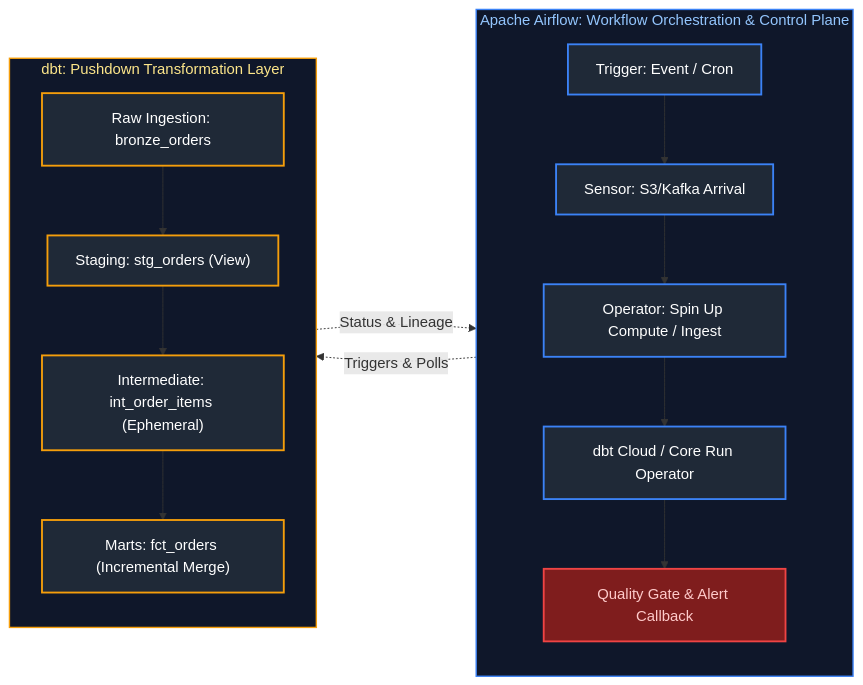
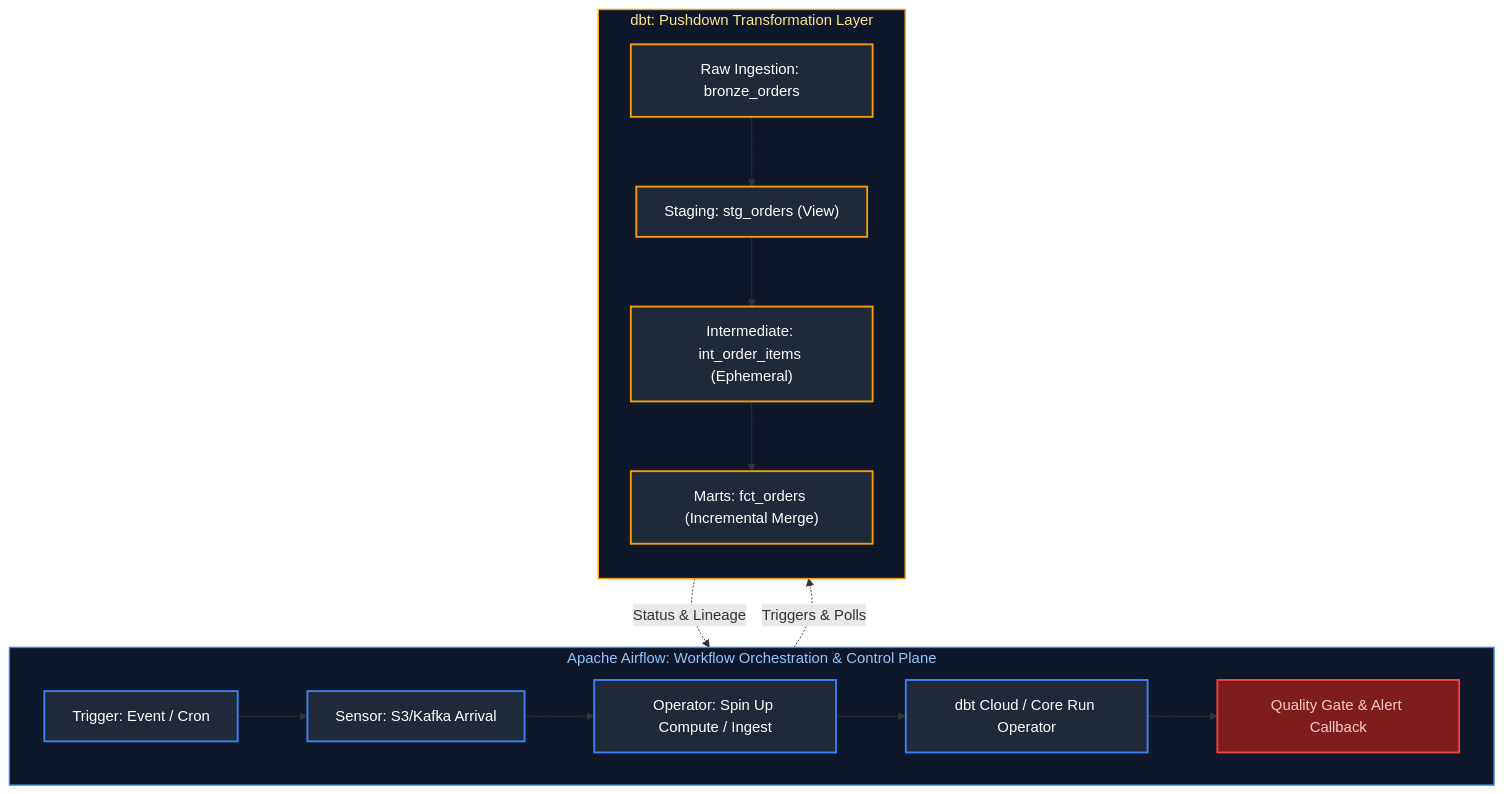
The second of 13 diagrams in Data Engineering/12_orchestration_airflow_and_dbt.md (joydeep-biswas/Interview-Preparation), drawn with Mermaid before and after one commit. The commit also changed other lines of this file and 143 other files, not shown here.

````diff
--- a/Data Engineering/12_orchestration_airflow_and_dbt.md
+++ b/Data Engineering/12_orchestration_airflow_and_dbt.md
@@ -79,33 +82,33 @@
 ```mermaid
-flowchart LR
+flowchart TD
     subgraph AirflowControlPlane["Apache Airflow: Workflow Orchestration & Control Plane"]
-        direction TD
+        direction LR
         A[Trigger: Event / Cron] --> B[Sensor: S3/Kafka Arrival]
         B --> C[Operator: Spin Up Compute / Ingest]
         C --> D[dbt Cloud / Core Run Operator]
         D --> E[Quality Gate & Alert Callback]
     end
 
     subgraph DbtTransformationLayer["dbt: Pushdown Transformation Layer"]
         direction TD
         T1["Raw Ingestion: bronze_orders"] --> T2["Staging: stg_orders (View)"]
         T2 --> T3["Intermediate: int_order_items (Ephemeral)"]
         T3 --> T4["Marts: fct_orders (Incremental Merge)"]
     end
 
     D -.->|Triggers & Polls| DbtTransformationLayer
     DbtTransformationLayer -.->|Status & Lineage| D
 
     style AirflowControlPlane fill:#0f172a,stroke:#3b82f6,stroke-width:1.5px,color:#93c5fd
     style DbtTransformationLayer fill:#0f172a,stroke:#f59e0b,stroke-width:1.5px,color:#fde68a
 
     style A fill:#1f2937,stroke:#3b82f6,stroke-width:2px,color:#fff
     style B fill:#1f2937,stroke:#3b82f6,stroke-width:2px,color:#fff
     style C fill:#1f2937,stroke:#3b82f6,stroke-width:2px,color:#fff
     style D fill:#1f2937,stroke:#3b82f6,stroke-width:2px,color:#fff
     style E fill:#7f1d1d,stroke:#ef4444,stroke-width:2px,color:#fecaca
     style T1 fill:#1f2937,stroke:#f59e0b,stroke-width:2px,color:#fff
     style T2 fill:#1f2937,stroke:#f59e0b,stroke-width:2px,color:#fff
     style T3 fill:#1f2937,stroke:#f59e0b,stroke-width:2px,color:#fff
     style T4 fill:#1f2937,stroke:#f59e0b,stroke-width:2px,color:#fff
 ```
````
